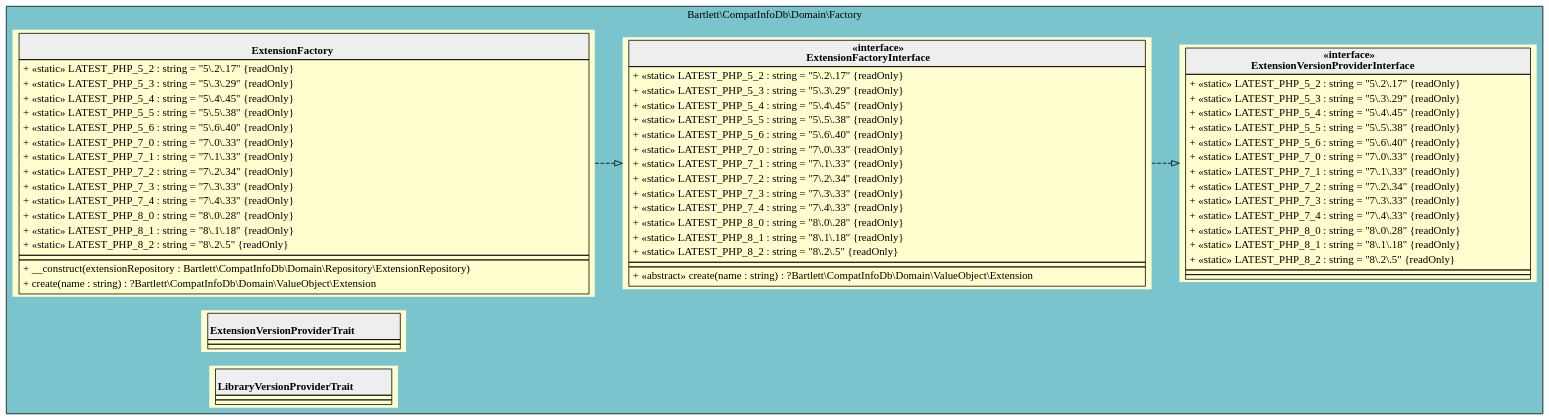
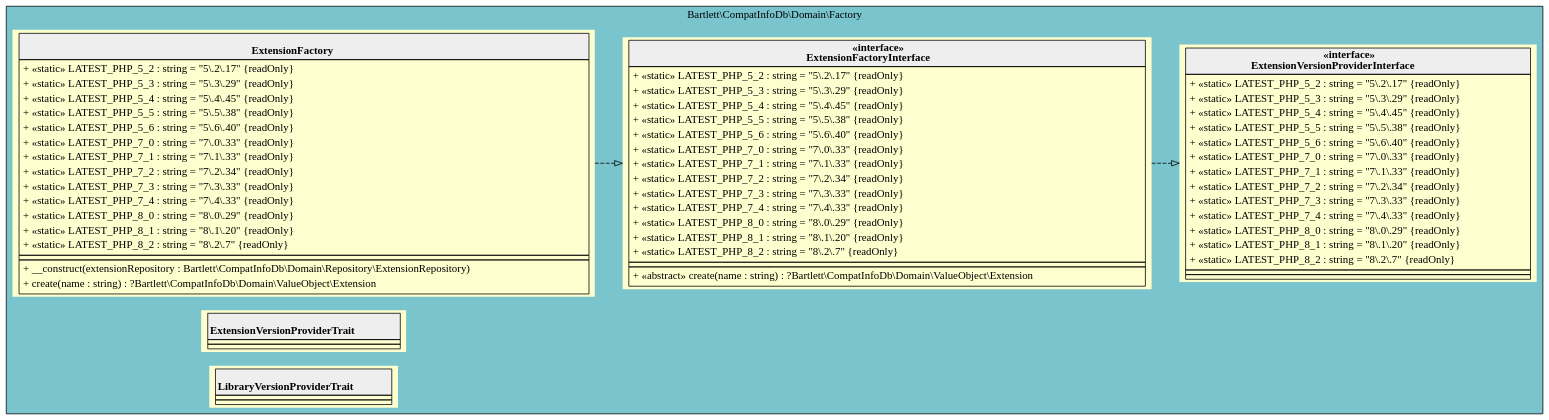
The diagram in 5.x/assets/images/domain-factory.html.gv (llaville/php-compatinfo-db), drawn with Graphviz before and after one commit. The commit also changed 41 other files, not shown here.

```diff
--- a/5.x/assets/images/domain-factory.html.gv
+++ b/5.x/assets/images/domain-factory.html.gv
@@ -1,90 +1,90 @@
 digraph {
   graph [rankdir="LR" bgcolor="transparent"]
   node [fillcolor="#FEFECE" style="filled"]
   subgraph cluster_0 {
     graph [bgcolor="cadetblue3"]
     label = "Bartlett\\CompatInfoDb\\Domain\\Factory"
     "Bartlett\\CompatInfoDb\\Domain\\Factory\\ExtensionFactory" [shape="none" label=<
 <table cellspacing="0" border="0" cellborder="1">
     <tr><td bgcolor="#eeeeee"><b><br/>ExtensionFactory</b></td></tr>
     <tr><td><table border="0" cellspacing="0" cellpadding="2">
     <tr><td align="left">+ «static» LATEST_PHP_5_2 : string = "5\.2\.17" {readOnly}</td></tr>
     <tr><td align="left">+ «static» LATEST_PHP_5_3 : string = "5\.3\.29" {readOnly}</td></tr>
     <tr><td align="left">+ «static» LATEST_PHP_5_4 : string = "5\.4\.45" {readOnly}</td></tr>
     <tr><td align="left">+ «static» LATEST_PHP_5_5 : string = "5\.5\.38" {readOnly}</td></tr>
     <tr><td align="left">+ «static» LATEST_PHP_5_6 : string = "5\.6\.40" {readOnly}</td></tr>
     <tr><td align="left">+ «static» LATEST_PHP_7_0 : string = "7\.0\.33" {readOnly}</td></tr>
     <tr><td align="left">+ «static» LATEST_PHP_7_1 : string = "7\.1\.33" {readOnly}</td></tr>
     <tr><td align="left">+ «static» LATEST_PHP_7_2 : string = "7\.2\.34" {readOnly}</td></tr>
     <tr><td align="left">+ «static» LATEST_PHP_7_3 : string = "7\.3\.33" {readOnly}</td></tr>
     <tr><td align="left">+ «static» LATEST_PHP_7_4 : string = "7\.4\.33" {readOnly}</td></tr>
-    <tr><td align="left">+ «static» LATEST_PHP_8_0 : string = "8\.0\.28" {readOnly}</td></tr>
-    <tr><td align="left">+ «static» LATEST_PHP_8_1 : string = "8\.1\.18" {readOnly}</td></tr>
-    <tr><td align="left">+ «static» LATEST_PHP_8_2 : string = "8\.2\.5" {readOnly}</td></tr>
+    <tr><td align="left">+ «static» LATEST_PHP_8_0 : string = "8\.0\.29" {readOnly}</td></tr>
+    <tr><td align="left">+ «static» LATEST_PHP_8_1 : string = "8\.1\.20" {readOnly}</td></tr>
+    <tr><td align="left">+ «static» LATEST_PHP_8_2 : string = "8\.2\.7" {readOnly}</td></tr>
 </table></td></tr>
     <tr><td></td></tr>
     <tr><td><table border="0" cellspacing="0" cellpadding="2">
     <tr><td align="left">+ __construct(extensionRepository : Bartlett\\CompatInfoDb\\Domain\\Repository\\ExtensionRepository)</td></tr>
     <tr><td align="left">+ create(name : string) : ?Bartlett\\CompatInfoDb\\Domain\\ValueObject\\Extension</td></tr>
 </table></td></tr>
 </table>>]
     "Bartlett\\CompatInfoDb\\Domain\\Factory\\ExtensionFactoryInterface" [shape="none" label=<
 <table cellspacing="0" border="0" cellborder="1">
     <tr><td bgcolor="#eeeeee"><b>«interface»<br/>ExtensionFactoryInterface</b></td></tr>
     <tr><td><table border="0" cellspacing="0" cellpadding="2">
     <tr><td align="left">+ «static» LATEST_PHP_5_2 : string = "5\.2\.17" {readOnly}</td></tr>
     <tr><td align="left">+ «static» LATEST_PHP_5_3 : string = "5\.3\.29" {readOnly}</td></tr>
     <tr><td align="left">+ «static» LATEST_PHP_5_4 : string = "5\.4\.45" {readOnly}</td></tr>
     <tr><td align="left">+ «static» LATEST_PHP_5_5 : string = "5\.5\.38" {readOnly}</td></tr>
     <tr><td align="left">+ «static» LATEST_PHP_5_6 : string = "5\.6\.40" {readOnly}</td></tr>
     <tr><td align="left">+ «static» LATEST_PHP_7_0 : string = "7\.0\.33" {readOnly}</td></tr>
     <tr><td align="left">+ «static» LATEST_PHP_7_1 : string = "7\.1\.33" {readOnly}</td></tr>
     <tr><td align="left">+ «static» LATEST_PHP_7_2 : string = "7\.2\.34" {readOnly}</td></tr>
     <tr><td align="left">+ «static» LATEST_PHP_7_3 : string = "7\.3\.33" {readOnly}</td></tr>
     <tr><td align="left">+ «static» LATEST_PHP_7_4 : string = "7\.4\.33" {readOnly}</td></tr>
-    <tr><td align="left">+ «static» LATEST_PHP_8_0 : string = "8\.0\.28" {readOnly}</td></tr>
-    <tr><td align="left">+ «static» LATEST_PHP_8_1 : string = "8\.1\.18" {readOnly}</td></tr>
-    <tr><td align="left">+ «static» LATEST_PHP_8_2 : string = "8\.2\.5" {readOnly}</td></tr>
+    <tr><td align="left">+ «static» LATEST_PHP_8_0 : string = "8\.0\.29" {readOnly}</td></tr>
+    <tr><td align="left">+ «static» LATEST_PHP_8_1 : string = "8\.1\.20" {readOnly}</td></tr>
+    <tr><td align="left">+ «static» LATEST_PHP_8_2 : string = "8\.2\.7" {readOnly}</td></tr>
 </table></td></tr>
     <tr><td></td></tr>
     <tr><td><table border="0" cellspacing="0" cellpadding="2">
     <tr><td align="left">+ «abstract» create(name : string) : ?Bartlett\\CompatInfoDb\\Domain\\ValueObject\\Extension</td></tr>
 </table></td></tr>
 </table>>]
     "Bartlett\\CompatInfoDb\\Domain\\Factory\\ExtensionVersionProviderInterface" [shape="none" label=<
 <table cellspacing="0" border="0" cellborder="1">
     <tr><td bgcolor="#eeeeee"><b>«interface»<br/>ExtensionVersionProviderInterface</b></td></tr>
     <tr><td><table border="0" cellspacing="0" cellpadding="2">
     <tr><td align="left">+ «static» LATEST_PHP_5_2 : string = "5\.2\.17" {readOnly}</td></tr>
     <tr><td align="left">+ «static» LATEST_PHP_5_3 : string = "5\.3\.29" {readOnly}</td></tr>
     <tr><td align="left">+ «static» LATEST_PHP_5_4 : string = "5\.4\.45" {readOnly}</td></tr>
     <tr><td align="left">+ «static» LATEST_PHP_5_5 : string = "5\.5\.38" {readOnly}</td></tr>
     <tr><td align="left">+ «static» LATEST_PHP_5_6 : string = "5\.6\.40" {readOnly}</td></tr>
     <tr><td align="left">+ «static» LATEST_PHP_7_0 : string = "7\.0\.33" {readOnly}</td></tr>
     <tr><td align="left">+ «static» LATEST_PHP_7_1 : string = "7\.1\.33" {readOnly}</td></tr>
     <tr><td align="left">+ «static» LATEST_PHP_7_2 : string = "7\.2\.34" {readOnly}</td></tr>
     <tr><td align="left">+ «static» LATEST_PHP_7_3 : string = "7\.3\.33" {readOnly}</td></tr>
     <tr><td align="left">+ «static» LATEST_PHP_7_4 : string = "7\.4\.33" {readOnly}</td></tr>
-    <tr><td align="left">+ «static» LATEST_PHP_8_0 : string = "8\.0\.28" {readOnly}</td></tr>
-    <tr><td align="left">+ «static» LATEST_PHP_8_1 : string = "8\.1\.18" {readOnly}</td></tr>
-    <tr><td align="left">+ «static» LATEST_PHP_8_2 : string = "8\.2\.5" {readOnly}</td></tr>
+    <tr><td align="left">+ «static» LATEST_PHP_8_0 : string = "8\.0\.29" {readOnly}</td></tr>
+    <tr><td align="left">+ «static» LATEST_PHP_8_1 : string = "8\.1\.20" {readOnly}</td></tr>
+    <tr><td align="left">+ «static» LATEST_PHP_8_2 : string = "8\.2\.7" {readOnly}</td></tr>
 </table></td></tr>
     <tr><td></td></tr>
     <tr><td></td></tr>
 </table>>]
     "Bartlett\\CompatInfoDb\\Domain\\Factory\\ExtensionVersionProviderTrait" [shape="none" label=<
 <table cellspacing="0" border="0" cellborder="1">
     <tr><td bgcolor="#eeeeee"><b><br/>ExtensionVersionProviderTrait</b></td></tr>
     <tr><td></td></tr>
     <tr><td></td></tr>
 </table>>]
     "Bartlett\\CompatInfoDb\\Domain\\Factory\\LibraryVersionProviderTrait" [shape="none" label=<
 <table cellspacing="0" border="0" cellborder="1">
     <tr><td bgcolor="#eeeeee"><b><br/>LibraryVersionProviderTrait</b></td></tr>
     <tr><td></td></tr>
     <tr><td></td></tr>
 </table>>]
   }
   "Bartlett\\CompatInfoDb\\Domain\\Factory\\ExtensionFactoryInterface" -> "Bartlett\\CompatInfoDb\\Domain\\Factory\\ExtensionVersionProviderInterface" [arrowhead="empty" style="dashed"]
   "Bartlett\\CompatInfoDb\\Domain\\Factory\\ExtensionFactory" -> "Bartlett\\CompatInfoDb\\Domain\\Factory\\ExtensionFactoryInterface" [arrowhead="empty" style="dashed"]
 }
```
